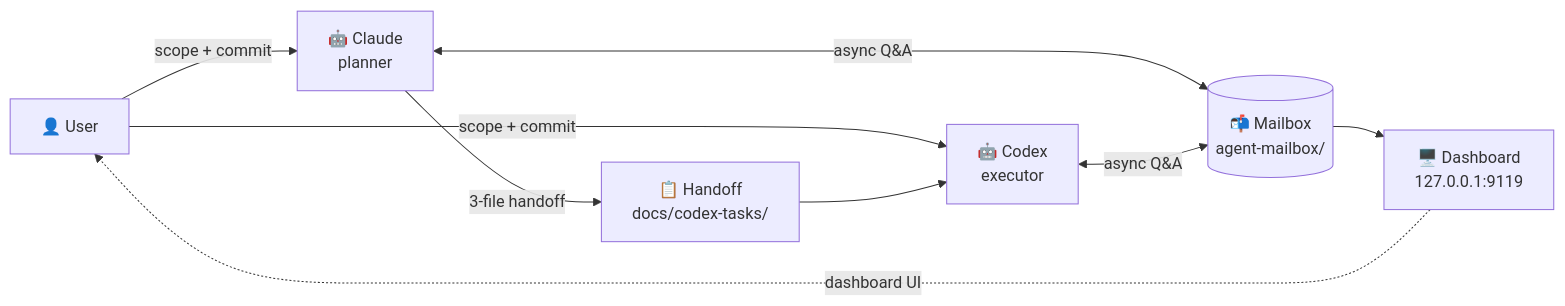
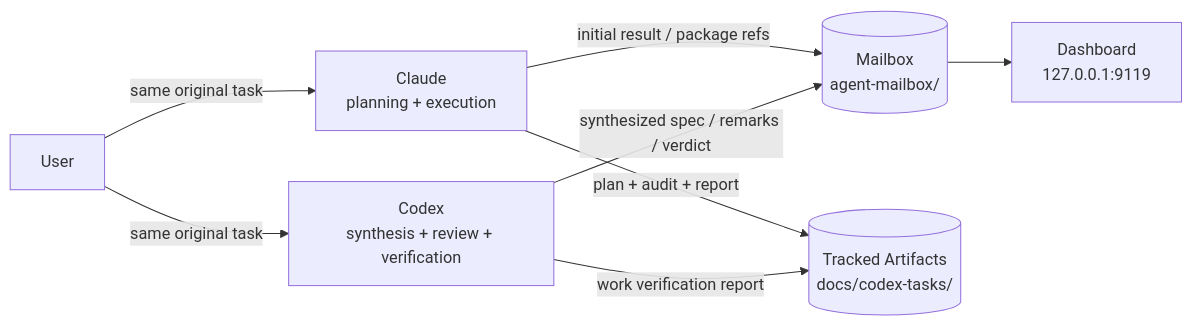
The diagram in README.md (ub3dqy/workflow), drawn with Mermaid before and after one commit. The commit also changed other lines of this file and 76 other files, not shown here.

First line of the commit message:
docs(workflow): align all project docs with sequential Claude↔Codex prompt

````diff
--- a/README.md
+++ b/README.md
@@ -99,18 +117,17 @@
 ```mermaid
 flowchart LR
-    U[👤 User]
-    C[🤖 Claude<br/>planner]
-    X[🤖 Codex<br/>executor]
-    M[(📬 Mailbox<br/>agent-mailbox/)]
-    D[📋 Handoff<br/>docs/codex-tasks/]
-    W[🖥️ Dashboard<br/>127.0.0.1:9119]
+    U[User]
+    C[Claude<br/>planning + execution]
+    X[Codex<br/>synthesis + review + verification]
+    M[(Mailbox<br/>agent-mailbox/)]
+    D[(Tracked Artifacts<br/>docs/codex-tasks/)]
+    W[Dashboard<br/>127.0.0.1:9119]
 
-    U -->|scope + commit| C
-    U -->|scope + commit| X
-    C -->|3-file handoff| D
-    D --> X
-    C <-->|async Q&A| M
-    X <-->|async Q&A| M
+    U -->|same original task| C
+    U -->|same original task| X
+    C -->|initial result / package refs| M
+    X -->|synthesized spec / remarks / verdict| M
+    C -->|plan + audit + report| D
+    X -->|work verification report| D
     M --> W
-    W -.->|dashboard UI| U
 ```
````
